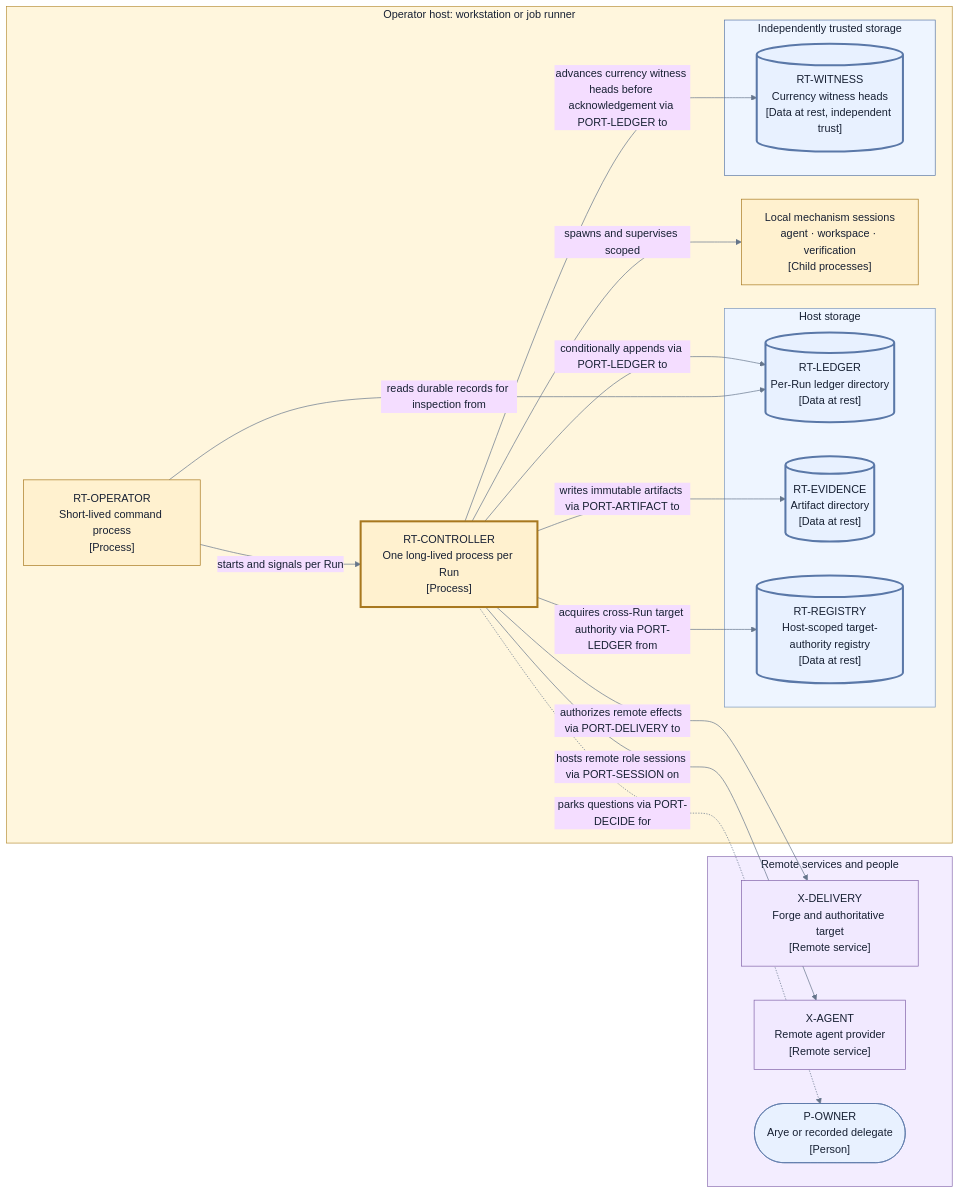
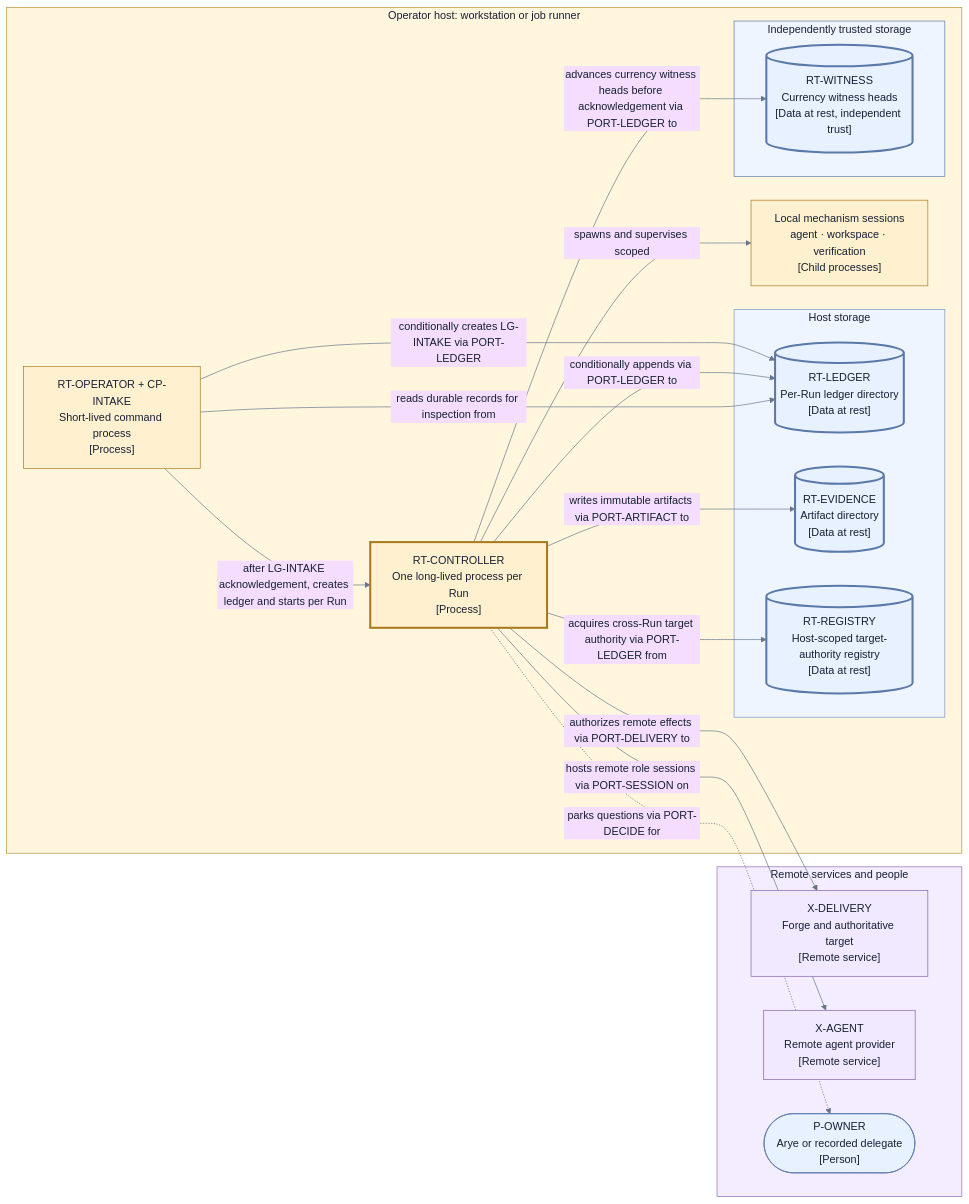
Before and after one commit to agentic-workflow-kit/jig: the second of 2 diagrams in docs/redesign/design/runtime.md, drawn with Mermaid. The commit also changed other lines of this file and 33 other files, not shown here.

````diff
--- a/docs/redesign/design/runtime.md
+++ b/docs/redesign/design/runtime.md
@@ -251,49 +263,50 @@
 ```mermaid
 %%{init: {"theme": "base", "themeVariables": {"fontFamily": "Inter, ui-sans-serif, system-ui", "primaryTextColor": "#172033", "lineColor": "#65758b"}}}%%
 flowchart LR
     subgraph Host["Operator host: workstation or job runner"]
-        OperatorP["RT-OPERATOR<br/>Short-lived command process<br/>[Process]"]
+        OperatorP["RT-OPERATOR + CP-INTAKE<br/>Short-lived command process<br/>[Process]"]
         ControllerP["RT-CONTROLLER<br/>One long-lived process per Run<br/>[Process]"]
         MechanismP["Local mechanism sessions<br/>agent · workspace · verification<br/>[Child processes]"]
         subgraph HostStore["Host storage"]
             LedgerD[("RT-LEDGER<br/>Per-Run ledger directory<br/>[Data at rest]")]
             EvidenceD[("RT-EVIDENCE<br/>Artifact directory<br/>[Data at rest]")]
             RegistryD[("RT-REGISTRY<br/>Host-scoped target-authority registry<br/>[Data at rest]")]
         end
         subgraph IndepStore["Independently trusted storage"]
             WitnessD[("RT-WITNESS<br/>Currency witness heads<br/>[Data at rest, independent trust]")]
         end
     end
 
     subgraph Remote["Remote services and people"]
         Forge["X-DELIVERY<br/>Forge and authoritative target<br/>[Remote service]"]
         RemoteAgent["X-AGENT<br/>Remote agent provider<br/>[Remote service]"]
         OwnerR(["P-OWNER<br/>Arye or recorded delegate<br/>[Person]"])
     end
 
-    OperatorP -->|"starts and signals per Run"| ControllerP
+    OperatorP -->|"after LG-INTAKE acknowledgement, creates ledger and starts per Run"| ControllerP
+    OperatorP -->|"conditionally creates LG-INTAKE via PORT-LEDGER"| LedgerD
     ControllerP -->|"spawns and supervises scoped"| MechanismP
     ControllerP -->|"conditionally appends via PORT-LEDGER to"| LedgerD
     ControllerP -->|"acquires cross-Run target authority via PORT-LEDGER from"| RegistryD
     ControllerP -->|"advances currency witness heads before acknowledgement via PORT-LEDGER to"| WitnessD
     ControllerP -->|"writes immutable artifacts via PORT-ARTIFACT to"| EvidenceD
     ControllerP -->|"authorizes remote effects via PORT-DELIVERY to"| Forge
     ControllerP -->|"hosts remote role sessions via PORT-SESSION on"| RemoteAgent
     ControllerP -.->|"parks questions via PORT-DECIDE for"| OwnerR
     OperatorP -->|"reads durable records for inspection from"| LedgerD
 
     style Host fill:#fff6dd,stroke:#b8903a,color:#172033
     style HostStore fill:#eef5ff,stroke:#7a96bd,color:#172033
     style Remote fill:#f3edff,stroke:#8a6eb0,color:#172033
     classDef process fill:#fff1cf,stroke:#a8781f,color:#172033
     classDef control fill:#fff1cf,stroke:#a8781f,stroke-width:3px,color:#172033
     classDef rest fill:#e8f1ff,stroke:#5a78a8,stroke-width:3px,color:#172033
     classDef remote fill:#f1e9ff,stroke:#8061a8,color:#172033
     classDef person fill:#e8f1ff,stroke:#5a78a8,color:#172033
     class OperatorP,MechanismP process
     class ControllerP control
     class LedgerD,EvidenceD,RegistryD,WitnessD rest
     style IndepStore fill:#eef5ff,stroke:#5a78a8,color:#172033
     class Forge,RemoteAgent remote
     class OwnerR person
 ```
````
